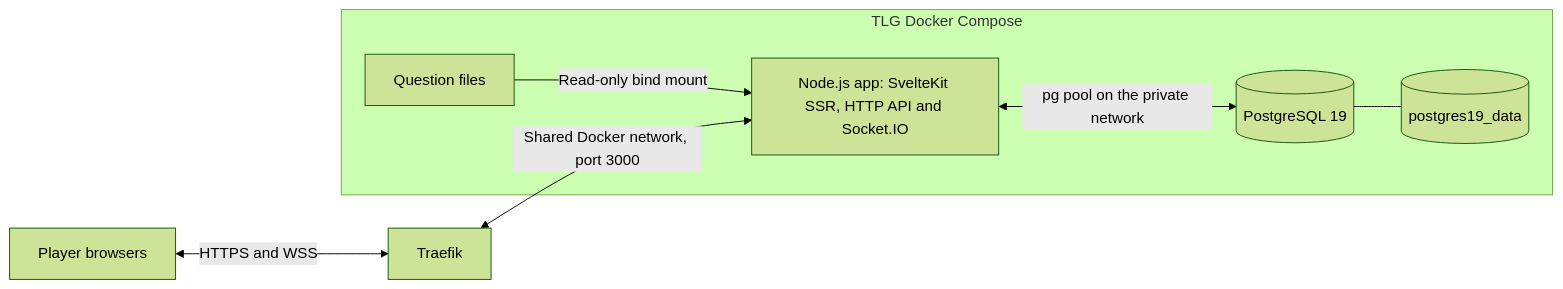
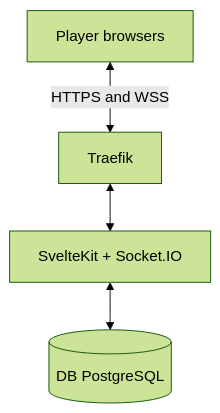
The diagram in README.md (dionisvl/my.traffic-lights), drawn with Mermaid (forest theme) before and after one commit. The commit also changed other lines of this file and 14 other files, not shown here.

````diff
--- a/README.md
+++ b/README.md
@@ -7,14 +7,6 @@
 ```mermaid
-flowchart LR
-    Browser[Player browsers] <-->|HTTPS and WSS| Edge[Traefik]
-    subgraph TLG[TLG Docker Compose]
-        App[Node.js app: SvelteKit SSR, HTTP API and Socket.IO]
-        DB[(PostgreSQL 19)]
-        Questions[Question files]
-        Volume[(postgres19_data)]
-        App <-->|pg pool on the private network| DB
-        Questions -->|Read-only bind mount| App
-        DB --- Volume
-    end
-    Edge <-->|Shared Docker network, port 3000| App
+flowchart TD
+    Browser["Player browsers"] <-->|HTTPS and WSS| Edge["Traefik"]
+    Edge <--> App["SvelteKit + Socket.IO"]
+    App <--> DB[("DB PostgreSQL")]
 ```
````
